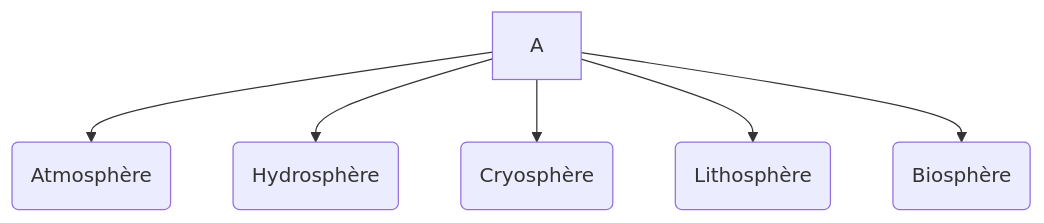
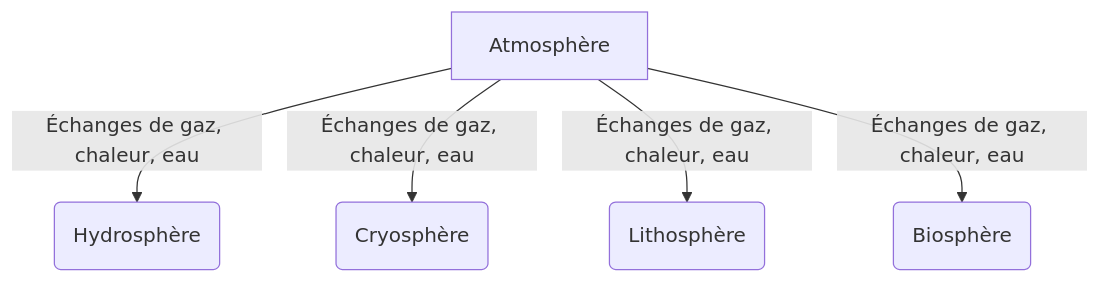
Before and after one commit to Open-Primer/OpenPrimer: the first of 3 diagrams in web/drafts_revisions/final_stage3_stitched_systeme-climatique-bilans-energetiques.mdx, drawn with Mermaid. The commit also changed other lines of this file and 267 other files, not shown here.

````diff
--- a/web/drafts_revisions/final_stage3_stitched_systeme-climatique-bilans-energetiques.mdx
+++ b/web/drafts_revisions/final_stage3_stitched_systeme-climatique-bilans-energetiques.mdx
@@ -43,8 +48,7 @@
 ```mermaid
 graph TD
-A --> B(Atmosphère)
-    A --> C(Hydrosphère)
-    A --> D(Cryosphère)
-    A --> E(Lithosphère)
-    A --> F(Biosphère)
+    A[Atmosphère] -->|Échanges de gaz, chaleur, eau| B(Hydrosphère)
+    A -->|Échanges de gaz, chaleur, eau| C(Cryosphère)
+    A -->|Échanges de gaz, chaleur, eau| D(Lithosphère)
+    A -->|Échanges de gaz, chaleur, eau| E(Biosphère)
 ```
````
